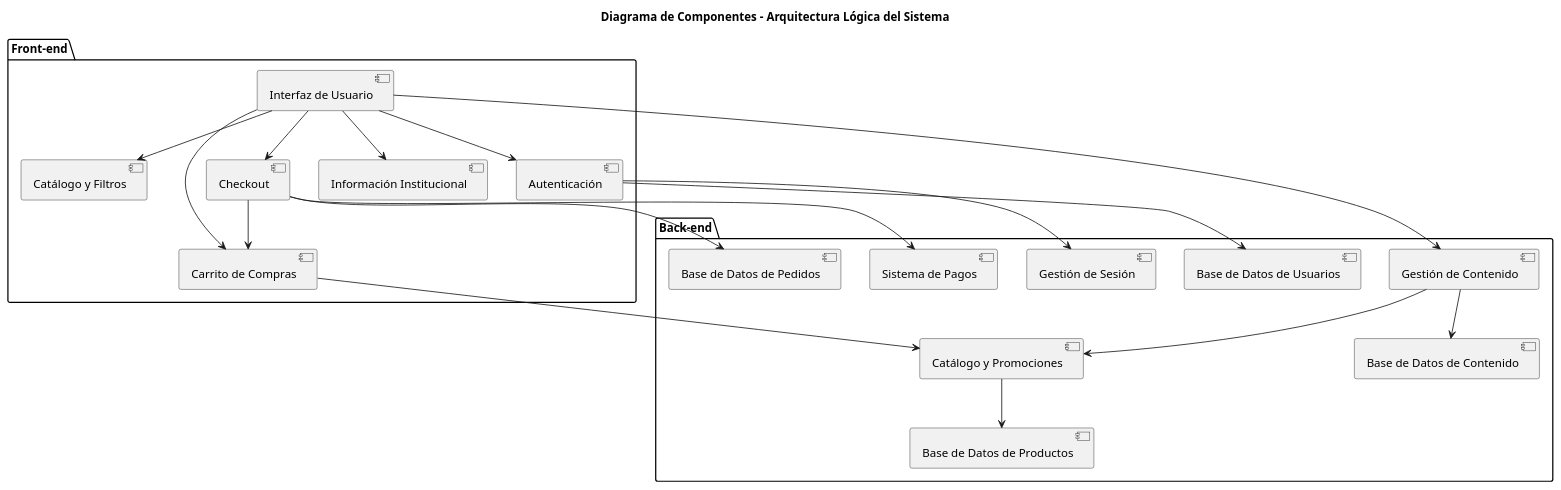
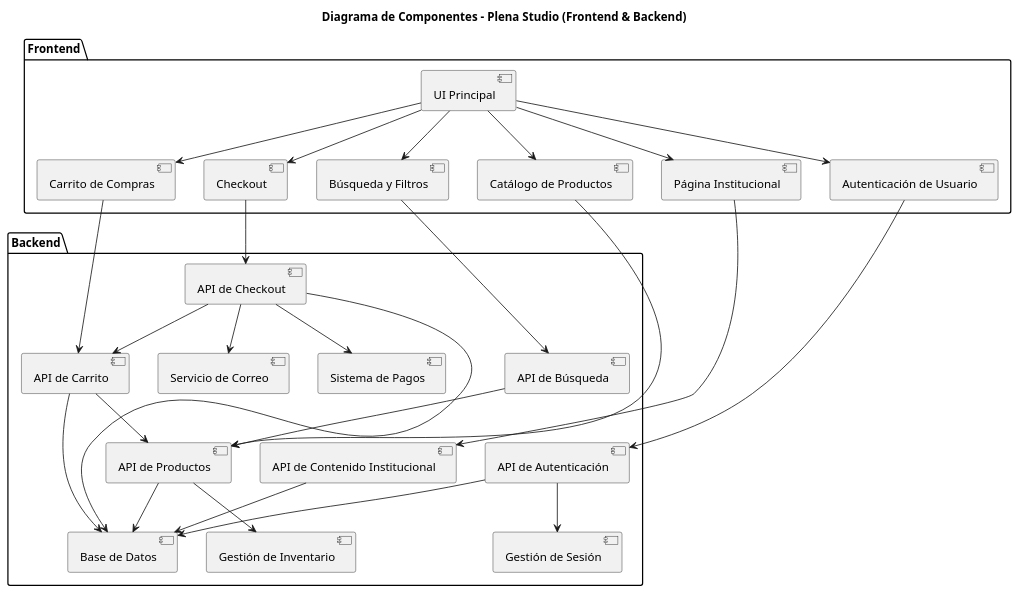
The diagram in Diagramas/PUML/diagrama_componentes.puml (wilmereleon/PlenaStudio), drawn with PlantUML before and after one commit. The commit also changed 29 other files, not shown here.

Commit message:
Diagramas corregidos

```diff
--- a/Diagramas/PUML/diagrama_componentes.puml
+++ b/Diagramas/PUML/diagrama_componentes.puml
@@ -1,26 +1,56 @@
 @startuml
-title Diagrama de Componentes - Arquitectura Lógica del Sistema
+title Diagrama de Componentes - Plena Studio (Frontend & Backend)
 
-package "Front-end" {
-  [Interfaz de Usuario] --> [Catálogo y Filtros]
-  [Interfaz de Usuario] --> [Carrito de Compras]
-  [Interfaz de Usuario] --> [Checkout]
-  [Interfaz de Usuario] --> [Información Institucional]
-  [Interfaz de Usuario] --> [Autenticación]
+package "Frontend" {
+  [UI Principal] as UI
+  [Catálogo de Productos] as Catalogo
+  [Carrito de Compras] as Carrito
+  [Checkout] as Checkout
+  [Autenticación de Usuario] as AuthFront
+  [Búsqueda y Filtros] as BusquedaFiltros
+  [Página Institucional] as Institucional
+
+  UI --> Catalogo
+  UI --> Carrito
+  UI --> Checkout
+  UI --> AuthFront
+  UI --> BusquedaFiltros
+  UI --> Institucional
 }
 
-package "Back-end" {
-  [Autenticación] --> [Base de Datos de Usuarios]
-  [Gestión de Contenido] --> [Base de Datos de Contenido]
-  [Catálogo y Promociones] --> [Base de Datos de Productos]
-  [Carrito de Compras] --> [Catálogo y Promociones]
-  [Checkout] --> [Carrito de Compras]
-  [Checkout] --> [Sistema de Pagos]
-  [Checkout] --> [Base de Datos de Pedidos]
-  [Autenticación] --> [Gestión de Sesión]
+package "Backend" {
+  [API de Autenticación] as AuthAPI
+  [API de Productos] as ProductosAPI
+  [API de Carrito] as CarritoAPI
+  [API de Checkout] as CheckoutAPI
+  [API de Búsqueda] as BusquedaAPI
+  [API de Contenido Institucional] as InstitucionalAPI
+  [Gestión de Sesión] as Sesion
+  [Gestión de Inventario] as Inventario
+  [Sistema de Pagos] as Pagos
+  [Servicio de Correo] as Correo
+  [Base de Datos] as DB
+
+  AuthAPI --> Sesion
+  AuthAPI --> DB
+  ProductosAPI --> Inventario
+  ProductosAPI --> DB
+  CarritoAPI --> ProductosAPI
+  CarritoAPI --> DB
+  CheckoutAPI --> CarritoAPI
+  CheckoutAPI --> Pagos
+  CheckoutAPI --> Correo
+  CheckoutAPI --> DB
+  BusquedaAPI --> ProductosAPI
+  InstitucionalAPI --> DB
 }
 
-[Interfaz de Usuario] --> [Gestión de Contenido]
-[Gestión de Contenido] --> [Catálogo y Promociones]
+' Relaciones Frontend <-> Backend
+AuthFront --> AuthAPI
+Catalogo --> ProductosAPI
+Carrito --> CarritoAPI
+Checkout --> CheckoutAPI
+BusquedaFiltros --> BusquedaAPI
+Institucional --> InstitucionalAPI
 
 @enduml
```
